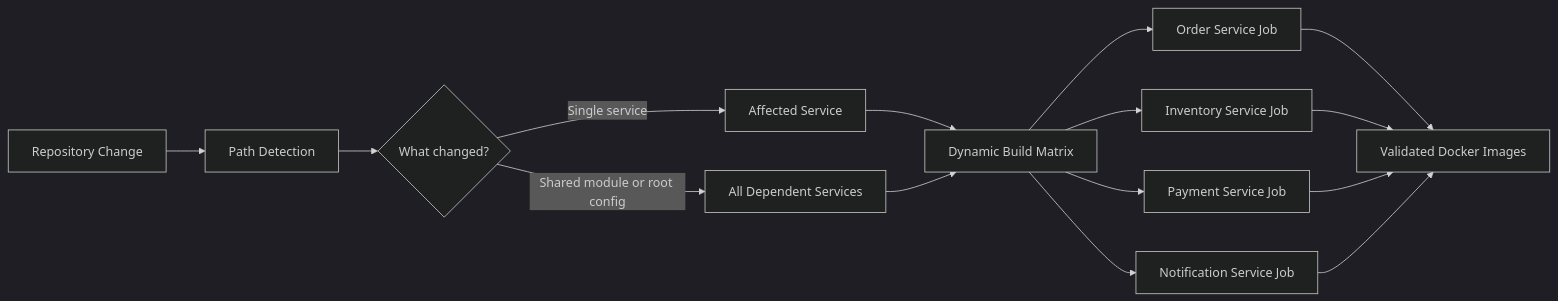
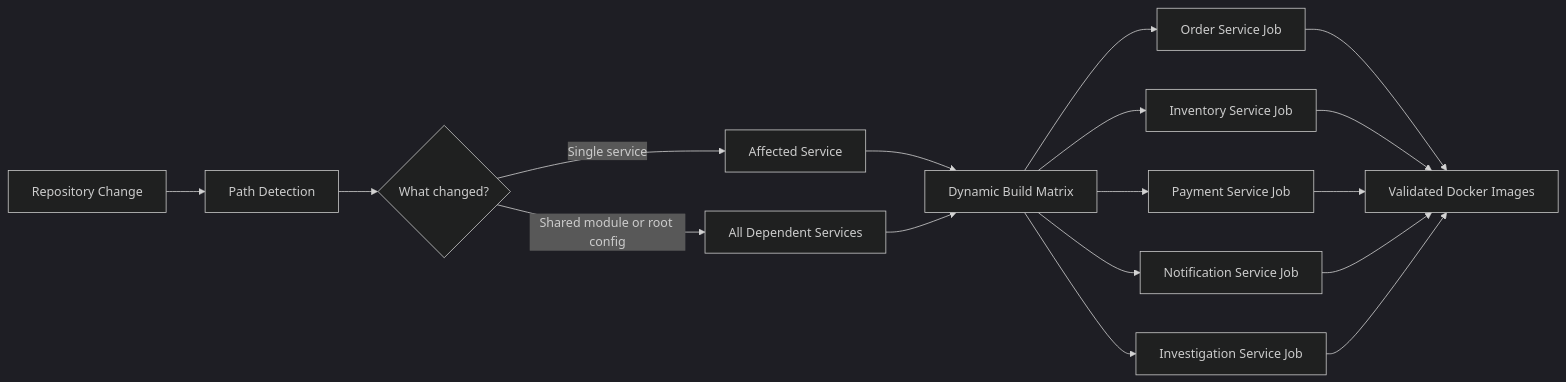
The first of 2 diagrams in _docs/handbook/12-pipeline.md (jusuftopic/microservices-order-system), drawn with Mermaid (dark theme) before and after one commit. The commit also changed 18 other files, not shown here.

````diff
--- a/_docs/handbook/12-pipeline.md
+++ b/_docs/handbook/12-pipeline.md
@@ -65,23 +65,25 @@
 ```mermaid
 flowchart LR
 
 A["Repository Change"] --> B["Path Detection"]
 
 B --> C{"What changed?"}
 
 C -->|Single service| D["Affected Service"]
 C -->|Shared module or root config| E["All Dependent Services"]
 
 D --> F["Dynamic Build Matrix"]
 E --> F
 
 F --> G1["Order Service Job"]
 F --> G2["Inventory Service Job"]
 F --> G3["Payment Service Job"]
 F --> G4["Notification Service Job"]
+F --> G5["Investigation Service Job"]
 
 G1 --> H["Validated Docker Images"]
 G2 --> H
 G3 --> H
 G4 --> H
+G5 --> H
 ```
````
